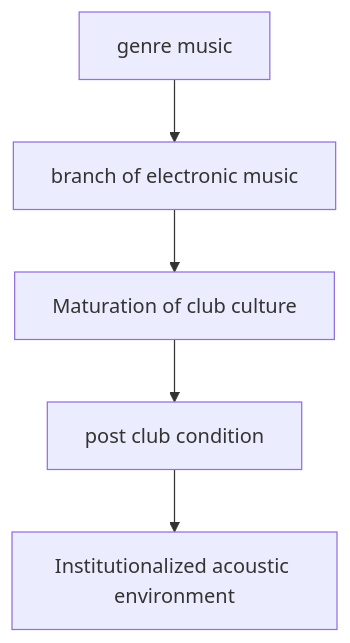
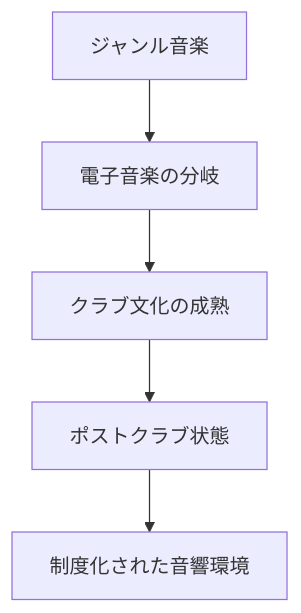
Diagram 11 of 11 in en/_posts/2026-06-30-column-influential-album-02.md (monumental-movement/monumental-movement.github.io), drawn with Mermaid before and after one commit. The commit also changed other lines of this file and 2196 other files, not shown here.

```diff
--- a/en/_posts/2026-06-30-column-influential-album-02.md
+++ b/en/_posts/2026-06-30-column-influential-album-02.md
@@ -1253,11 +1251,11 @@
 <div class="mermaid">
 flowchart TD
-A[genre music]
-B[branch of electronic music]
-C[Maturation of club culture]
-D[post club condition]
-E[Institutionalized acoustic environment]
+A[ジャンル音楽]
+B[電子音楽の分岐]
+C[クラブ文化の成熟]
+D[ポストクラブ状態]
+E[制度化された音響環境]
 
 A --> B --> C --> D --> E
 
 </div>
```
